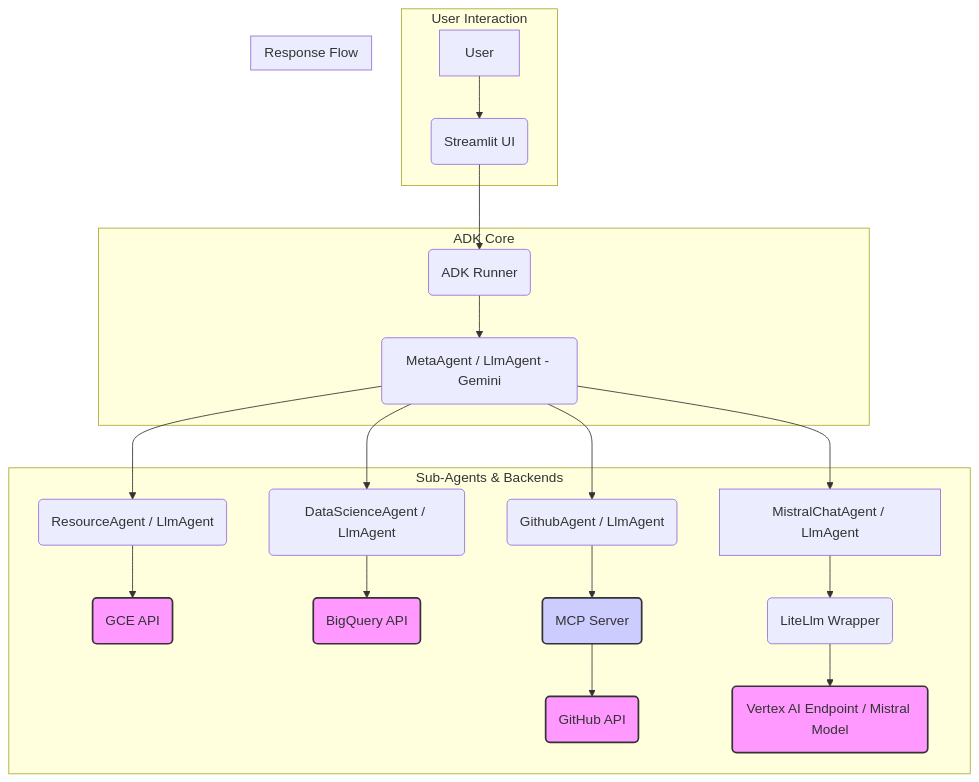
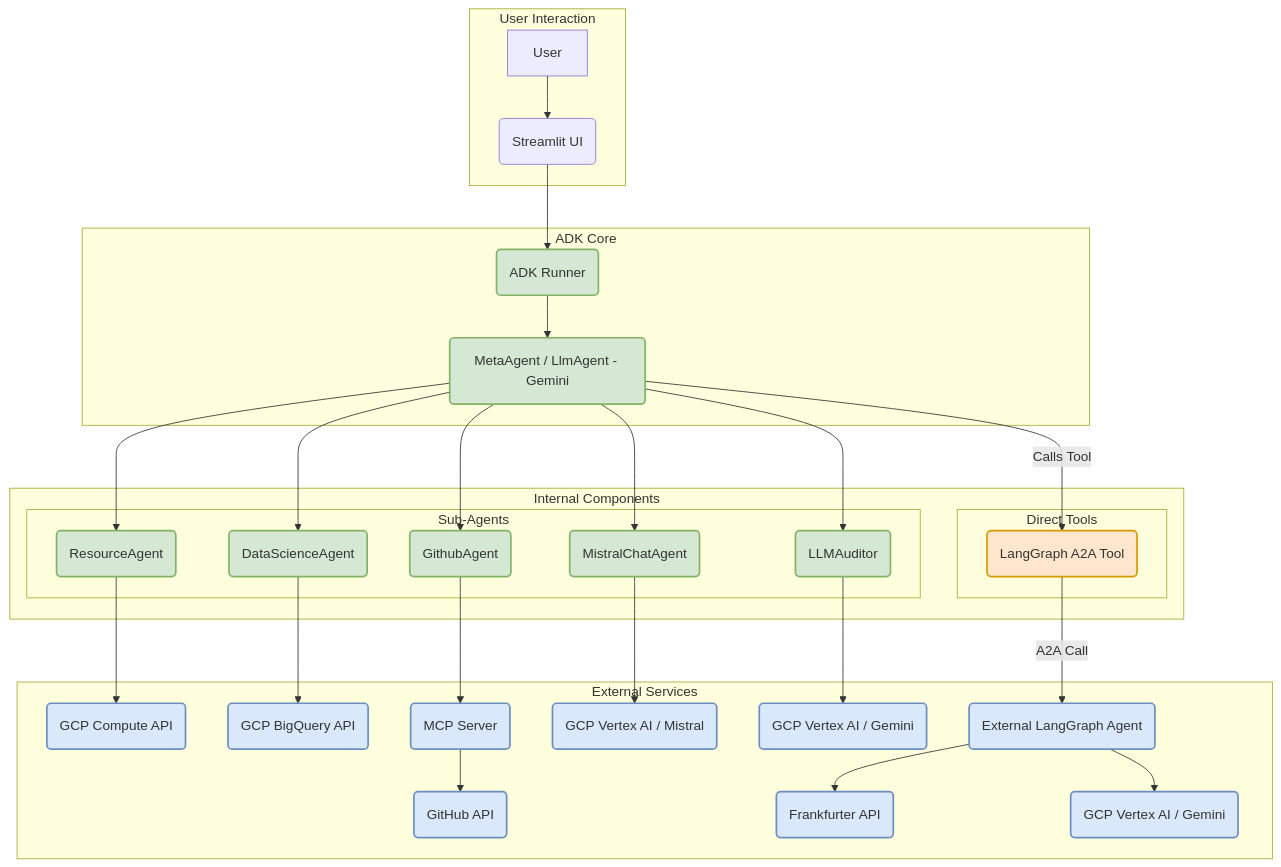
One commit to samberthol/adk-demo changed the diagram in assets/td-flow-chart.mermaid. Above: the diagram before and after it, drawn with Mermaid. The commit also changed 2 other files, not shown here.

Commit message:
update with new arch design for A2A

````diff
--- a/assets/td-flow-chart.mermaid
+++ b/assets/td-flow-chart.mermaid
@@ -1,48 +1,45 @@
 ```mermaid
 graph TD
     subgraph "User Interaction"
-        U[User] --> ST(Streamlit UI);
+        UI[User] --> ST(Streamlit UI);
     end
 
     subgraph "ADK Core"
         ST --> R(ADK Runner);
         R --> MA(MetaAgent / LlmAgent - Gemini);
     end
 
-    subgraph "Sub-Agents & Backends"
-        MA --> RA(ResourceAgent / LlmAgent);
-        RA --> GCE(GCE API);
+    subgraph "Internal Components"
+        subgraph "Sub-Agents"
+            MA --> RA(ResourceAgent);
+            MA --> DA(DataScienceAgent);
+            MA --> GA(GithubAgent);
+            MA --> MCA(MistralChatAgent);
+            MA --> AA(LLMAuditor);
+        end
+        subgraph "Direct Tools"
+             MA -- Calls Tool --> TLG(LangGraph A2A Tool);
+        end
+    end
 
-        MA --> DA(DataScienceAgent / LlmAgent);
-        DA --> BQ(BigQuery API);
-
-        MA --> GA(GithubAgent / LlmAgent);
+    subgraph "External Services"
+        RA --> GCE(GCP Compute API);
+        DA --> BQ(GCP BigQuery API);
         GA --> MCP(MCP Server);
         MCP --> GH(GitHub API);
+        MCA --> VTX_M(GCP Vertex AI / Mistral);
+        AA --> VTX_G(GCP Vertex AI / Gemini); 
 
-        MA --> MCA[MistralChatAgent / LlmAgent];
-        MCA --> LLM(LiteLlm Wrapper);
-        LLM --> VTX(Vertex AI Endpoint / Mistral Model);
+        TLG -- A2A Call --> ExtLGA(External LangGraph Agent);
+        ExtLGA --> FRA(Frankfurter API);
+        ExtLGA --> VTX_LG(GCP Vertex AI / Gemini);
     end
 
-    subgraph "Response Flow"
-        RA
-        MA;
-        DA
-        MA;
-        GA
-        MA;
-        MCA
-        MA;
-        MA
-        R;
-        R
-        ST;
-    end
+    classDef adkcore fill:#D5E8D4,stroke:#82B366,stroke-width:2px;
+    classDef external fill:#dae8fc,stroke:#6c8ebf,stroke-width:2px;
+    classDef tool fill:#ffe6cc,stroke:#d79b00,stroke-width:2px;
 
-    style GCE fill:#f9f,stroke:#333,stroke-width:2px;
-    style BQ fill:#f9f,stroke:#333,stroke-width:2px;
-    style GH fill:#f9f,stroke:#333,stroke-width:2px;
-    style VTX fill:#f9f,stroke:#333,stroke-width:2px;
-    style MCP fill:#ccf,stroke:#333,stroke-width:2px;
+    class MA,R,RA,DA,GA,MCA,AA adkcore;
+    class TLG tool;
+    class GCE,BQ,MCP,GH,VTX_M,VTX_G,ExtLGA,FRA,VTX_LG external;
 ```
````
